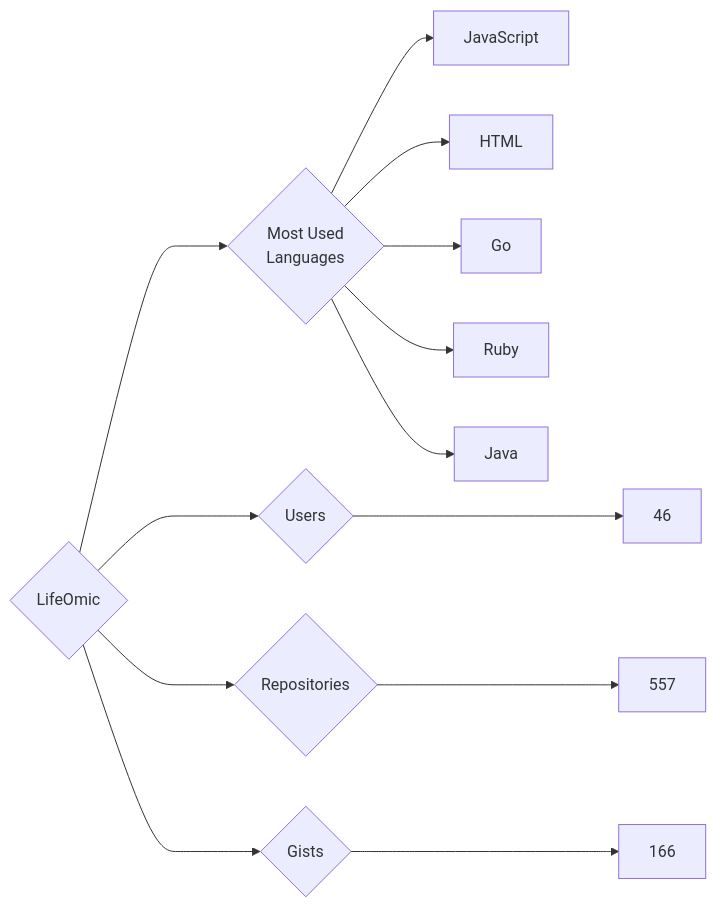
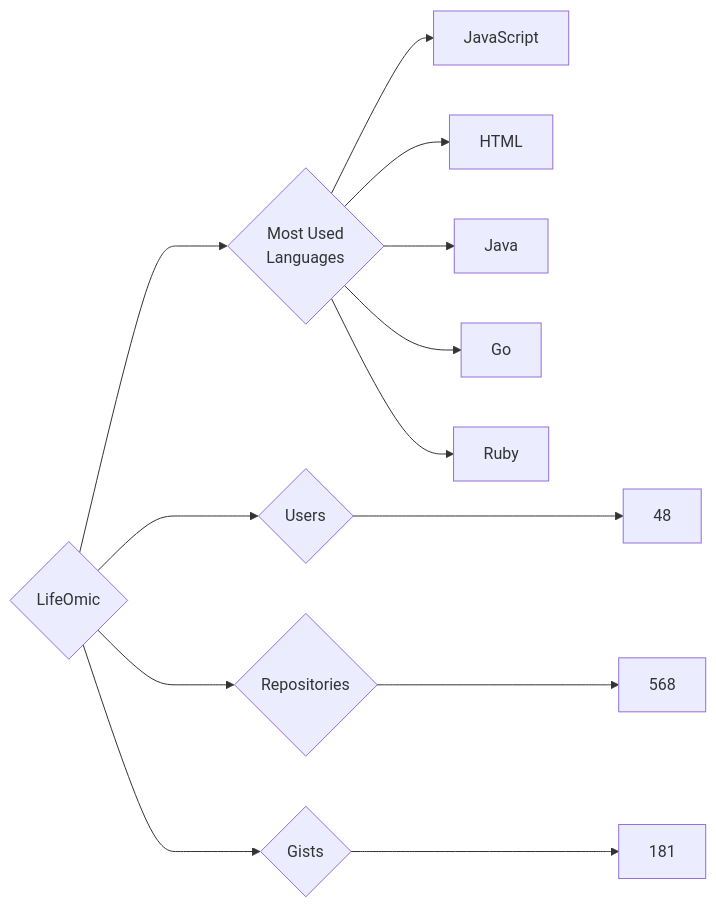
Before and after one commit to trickest/insiders: the diagram in targets/LifeOmic/README.md, drawn with Mermaid. The commit also changed 695 other files, not shown here.

````diff
--- a/targets/LifeOmic/README.md
+++ b/targets/LifeOmic/README.md
@@ -3,13 +3,13 @@
 ```mermaid
 graph LR
 COMPANY_NAME{LifeOmic}
-COMPANY_NAME ---> U{Users} ---> UN[46]
-COMPANY_NAME ---> R{Repositories} ---> RN[557]
-COMPANY_NAME ---> G{Gists} ---> GN[166]
+COMPANY_NAME ---> U{Users} ---> UN[48]
+COMPANY_NAME ---> R{Repositories} ---> RN[568]
+COMPANY_NAME ---> G{Gists} ---> GN[181]
 COMPANY_NAME ---> ML{Most Used<br>Languages}
 ML --> JavaScript[JavaScript]
 ML --> HTML[HTML]
+ML --> Java[Java]
 ML --> Go[Go]
 ML --> Ruby[Ruby]
-ML --> Java[Java]
 ```
````
